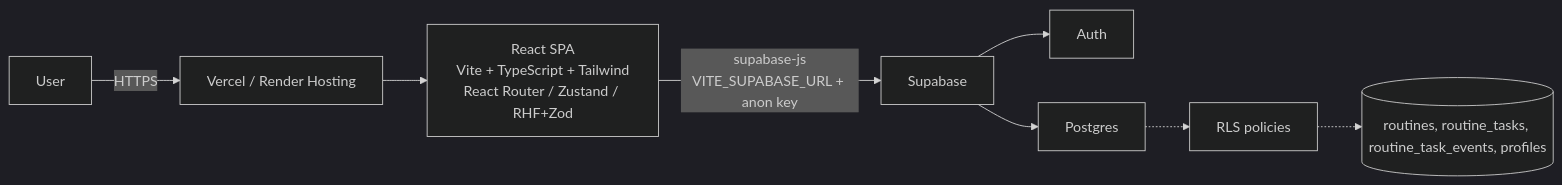
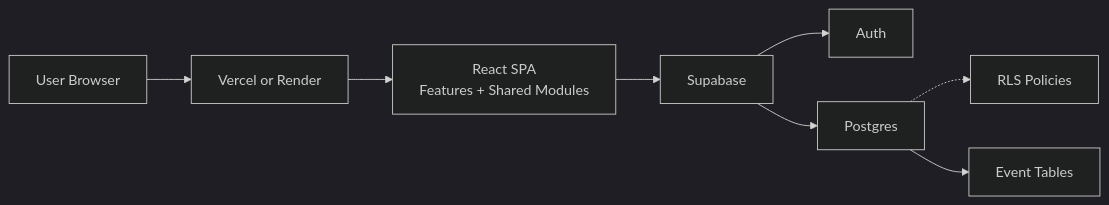
One commit to TomasPosada0626/Neuroroutine changed the diagram in README.md. Above: the diagram before and after it, drawn with Mermaid (dark theme). The commit also changed other lines of this file and 4 other files, not shown here.

Commit message:
Polish README and stabilize e2e TypeScript config

````diff
--- a/README.md
+++ b/README.md
@@ -172,12 +112,10 @@
 ```mermaid
 flowchart LR
-  U[User] -->|HTTPS| H[Vercel / Render Hosting]
-  H --> SPA[React SPA\nVite + TypeScript + Tailwind\nReact Router / Zustand / RHF+Zod]
-
-  SPA -->|supabase-js\nVITE_SUPABASE_URL + anon key| SB[Supabase]
+  U[User Browser] --> H[Vercel or Render]
+  H --> SPA[React SPA\nFeatures + Shared Modules]
+  SPA --> SB[Supabase]
   SB --> AUTH[Auth]
   SB --> DB[Postgres]
-
-  DB -.-> RLS[RLS policies]
-  RLS -.-> DATA[(routines, routine_tasks, routine_task_events, profiles)]
+  DB -.-> RLS[RLS Policies]
+  DB --> EVT[Event Tables]
 ```
````
